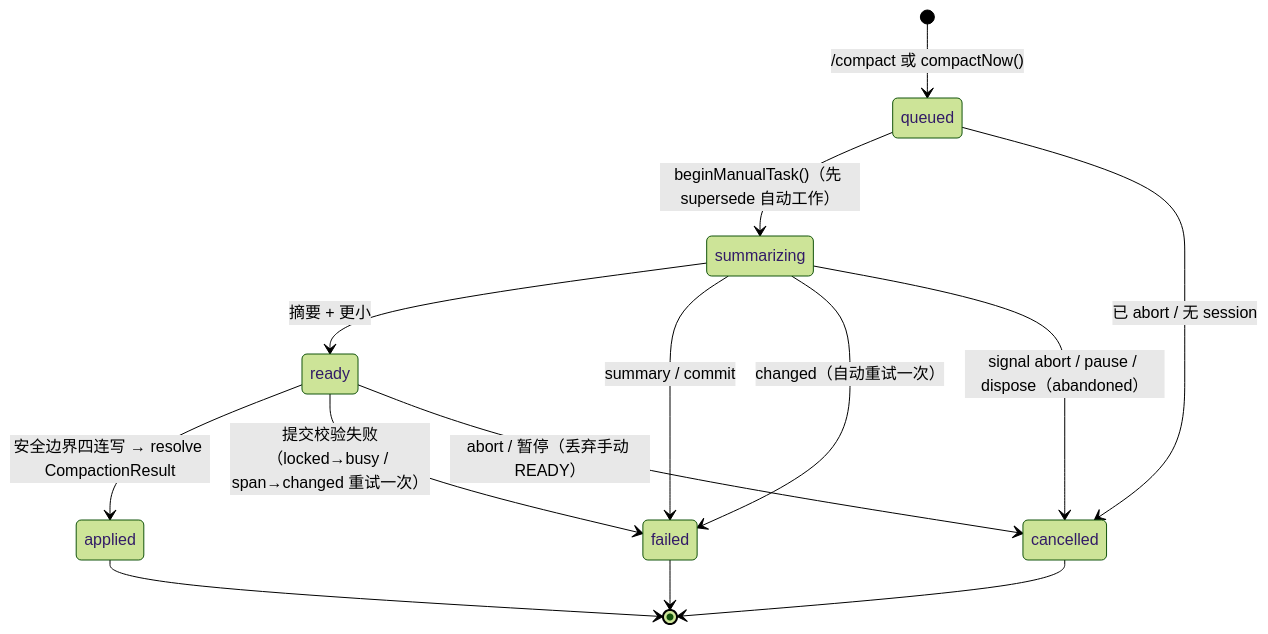
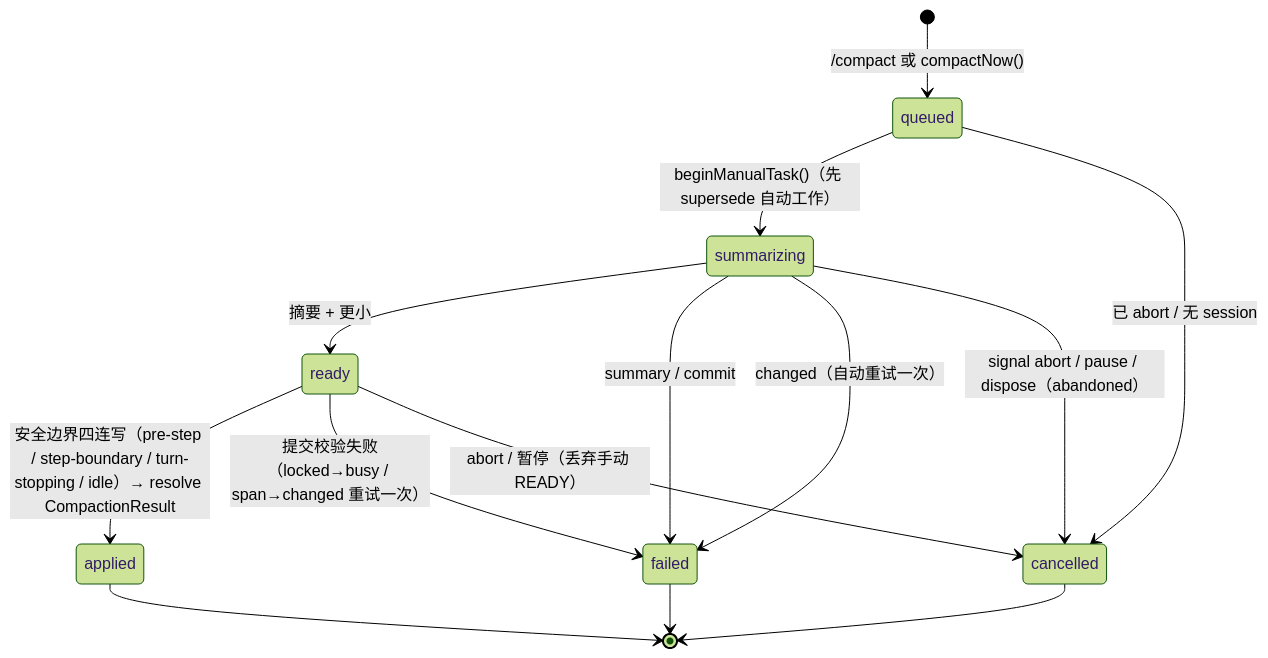
One commit to etherfun/dsh-async-compaction changed the second of 6 diagrams in docs/02-design.md. Above: the diagram before and after it, drawn with Mermaid (forest theme). The commit also changed other lines of this file and 10 other files, not shown here.

Commit message:
feat: apply a running manual compaction at the step baseline

````diff
--- a/docs/02-design.md
+++ b/docs/02-design.md
@@ -290,16 +290,16 @@
 ```mermaid
 stateDiagram-v2
   [*] --> queued: /compact 或 compactNow()
   queued --> summarizing: beginManualTask()（先 supersede 自动工作）
   queued --> cancelled: 已 abort / 无 session
   summarizing --> ready: 摘要 + 更小
   summarizing --> failed: summary / commit
   summarizing --> failed: changed（自动重试一次）
   summarizing --> cancelled: signal abort / pause / dispose（abandoned）
-  ready --> applied: 安全边界四连写 → resolve CompactionResult
+  ready --> applied: 安全边界四连写（pre-step / step-boundary / turn-stopping / idle）→ resolve CompactionResult
   ready --> failed: 提交校验失败（locked→busy / span→changed 重试一次）
   ready --> cancelled: abort / 暂停（丢弃手动 READY）
   applied --> [*]
   failed --> [*]
   cancelled --> [*]
 ```
````
